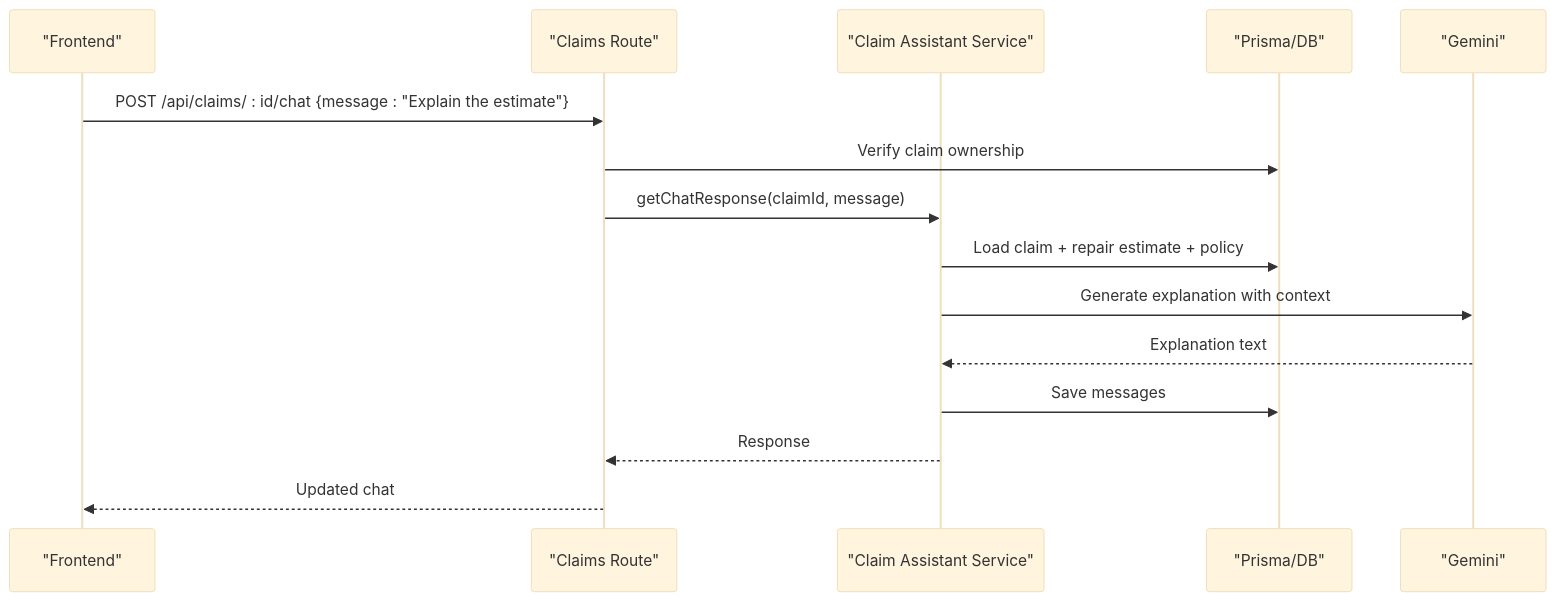
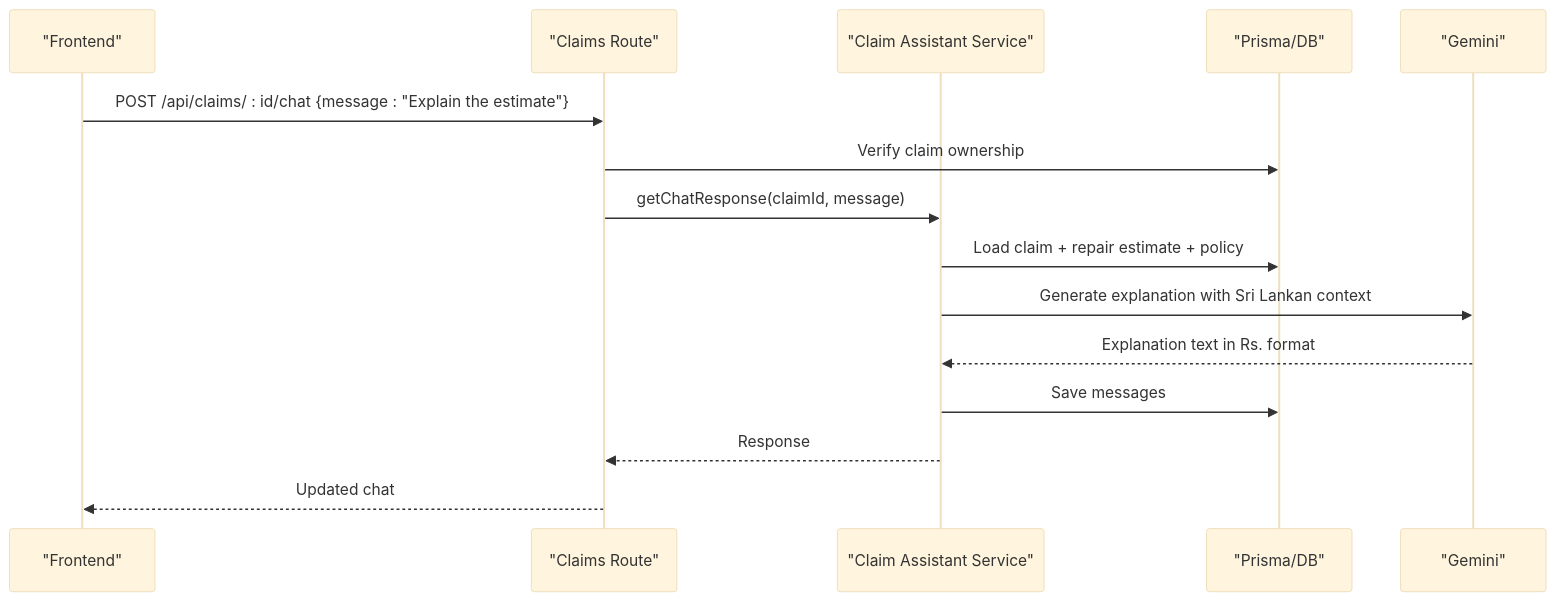
Before and after one commit to NaveenHiranya/Smart-Vehicle-Insurance-Claim-System: the sixth of 6 diagrams in .qoder/repowiki/en/content/Backend Documentation/Business Logic & Services/Claim Assistant Service.md, drawn with Mermaid (base theme). The commit also changed other lines of this file and 9 other files, not shown here.

````diff
--- a/.qoder/repowiki/en/content/Backend Documentation/Business Logic & Services/Claim Assistant Service.md
+++ b/.qoder/repowiki/en/content/Backend Documentation/Business Logic & Services/Claim Assistant Service.md
@@ -271,17 +278,17 @@
 ```mermaid
 sequenceDiagram
 participant FE as "Frontend"
 participant API as "Claims Route"
 participant SVC as "Claim Assistant Service"
 participant DB as "Prisma/DB"
 participant LLM as "Gemini"
 FE->>API : POST /api/claims/ : id/chat {message : "Explain the estimate"}
 API->>DB : Verify claim ownership
 API->>SVC : getChatResponse(claimId, message)
 SVC->>DB : Load claim + repair estimate + policy
-SVC->>LLM : Generate explanation with context
-LLM-->>SVC : Explanation text
+SVC->>LLM : Generate explanation with Sri Lankan context
+LLM-->>SVC : Explanation text in Rs. format
 SVC->>DB : Save messages
 SVC-->>API : Response
 API-->>FE : Updated chat
 ```
````
